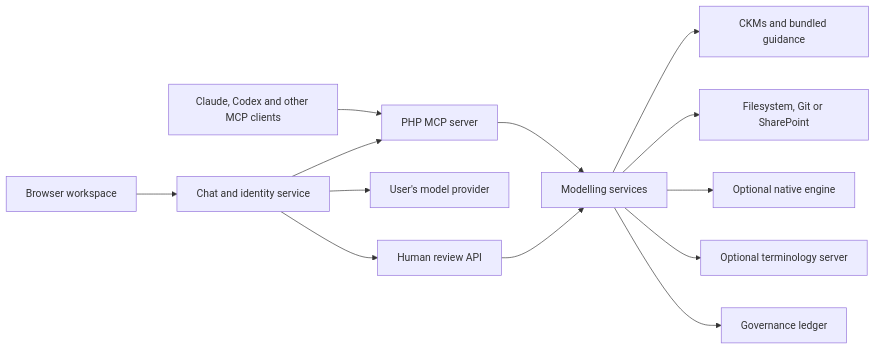
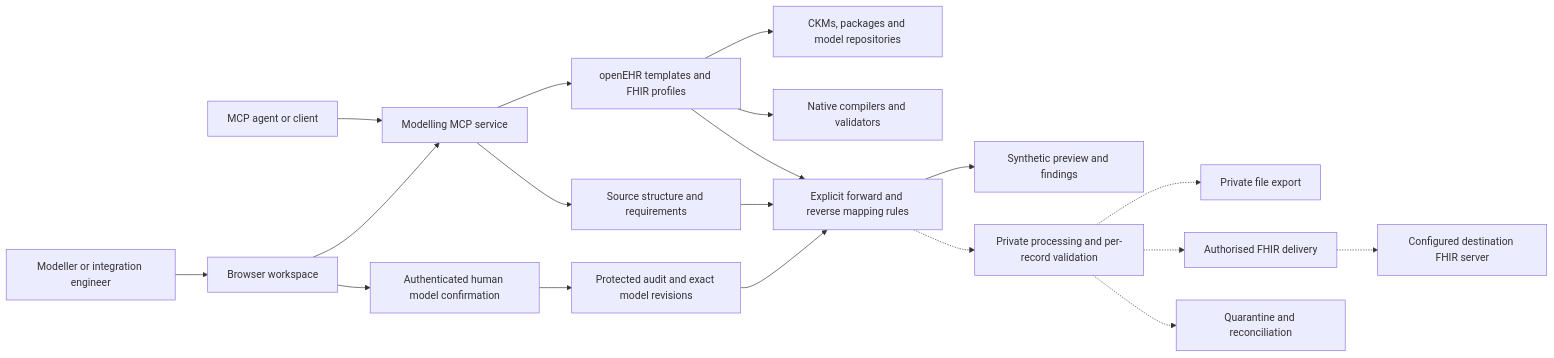
Before and after one commit to CzarMich/openehr_FHIR_Modeller: the diagram in README.md, drawn with Mermaid. The commit also changed other lines of this file and 30 other files, not shown here.

Commit message:
feat(mapping): require protected human selection of exact models

````diff
--- a/README.md
+++ b/README.md
@@ -88,15 +147,21 @@
 ```mermaid
 flowchart LR
-    Clients[Claude, Codex and other MCP clients] --> MCP[PHP MCP server]
-    Browser[Browser workspace] --> Chat[Chat and identity service]
-    Chat --> MCP
-    Chat --> Providers[User's model provider]
-    Chat --> Review[Human review API]
-    MCP --> Services[Modelling services]
-    Review --> Services
-    Services --> CKM[CKMs and bundled guidance]
-    Services --> Repository[Filesystem, Git or SharePoint]
-    Services --> Engine[Optional native engine]
-    Services --> Terminology[Optional terminology server]
-    Services --> Audit[Governance ledger]
+    User[Modeller or integration engineer] --> Browser[Browser workspace]
+    Agent[MCP agent or client] --> MCP[Modelling MCP service]
+    Browser --> MCP
+    MCP --> Sources[Source structure and requirements]
+    MCP --> Models[openEHR templates and FHIR profiles]
+    Models --> Reuse[CKMs, packages and model repositories]
+    Models --> Engines[Native compilers and validators]
+    Browser --> Review[Authenticated human model confirmation]
+    Review --> Audit[Protected audit and exact model revisions]
+    Models --> Mapping[Explicit forward and reverse mapping rules]
+    Sources --> Mapping
+    Audit --> Mapping
+    Mapping --> Preview[Synthetic preview and findings]
+    Mapping -.-> Runtime[Private processing and per-record validation]
+    Runtime -.-> Export[Private file export]
+    Runtime -.-> Delivery[Authorised FHIR delivery]
+    Delivery -.-> Destination[Configured destination FHIR server]
+    Runtime -.-> Reconcile[Quarantine and reconciliation]
 ```
````
